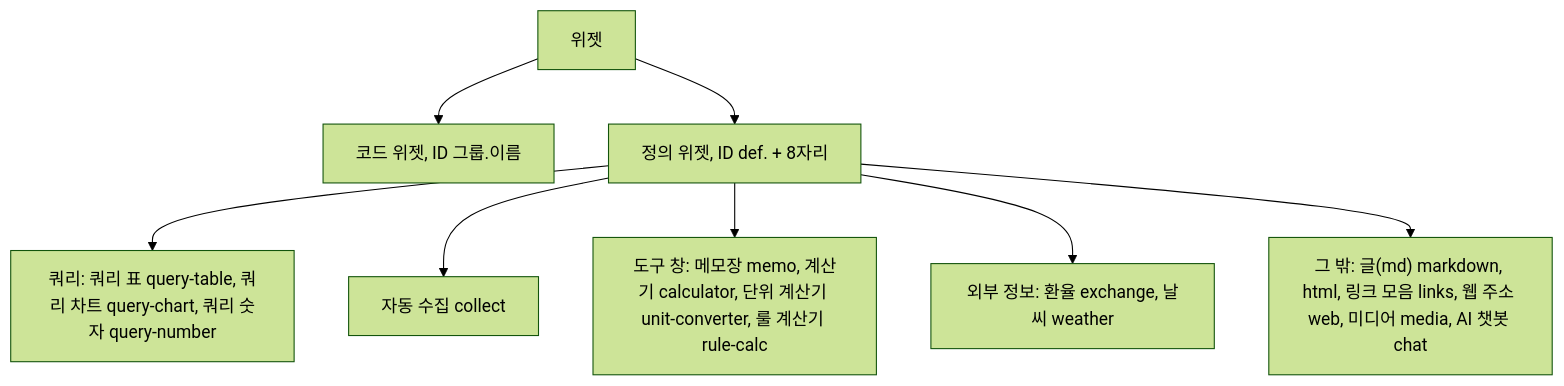
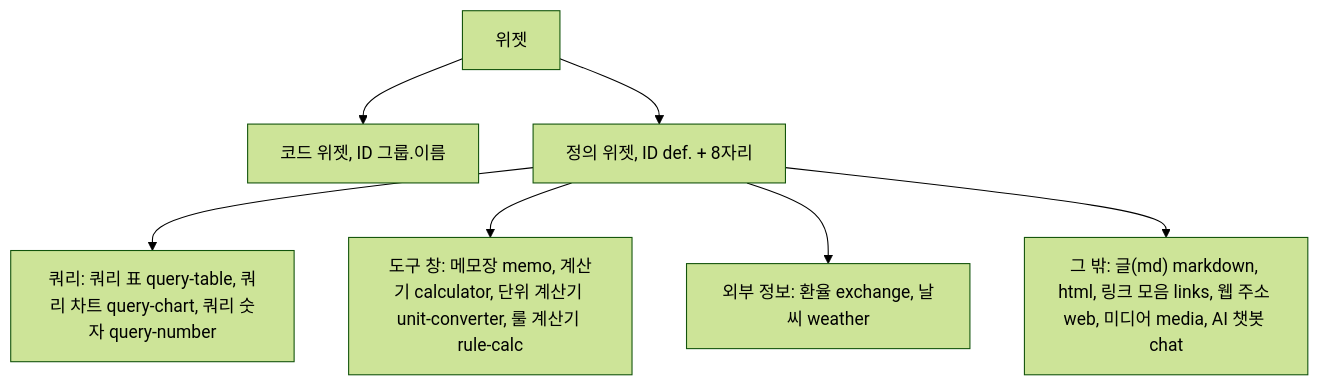
The first of 6 diagrams in docs/guide/FrontEnd/Widget-Authoring-Guide.md (jongik-sv/dmes-standard), drawn with Mermaid (forest theme) before and after one commit. The commit also changed other lines of this file and 2 other files, not shown here.

Commit message:
docs(widget): collect 위젯 설명을 가이드에서 빼고 예약 작업으로 대체됨을 적는다

````diff
--- a/docs/guide/FrontEnd/Widget-Authoring-Guide.md
+++ b/docs/guide/FrontEnd/Widget-Authoring-Guide.md
@@ -42,10 +41,9 @@
 ```mermaid
 flowchart TB
   W["위젯"] --> C["코드 위젯, ID 그룹.이름"]
   W --> D["정의 위젯, ID def. + 8자리"]
   D --> Q["쿼리: 쿼리 표 query-table, 쿼리 차트 query-chart, 쿼리 숫자 query-number"]
-  D --> CL["자동 수집 collect"]
   D --> F["도구 창: 메모장 memo, 계산기 calculator, 단위 계산기 unit-converter, 룰 계산기 rule-calc"]
   D --> EX["외부 정보: 환율 exchange, 날씨 weather"]
   D --> O["그 밖: 글(md) markdown, html, 링크 모음 links, 웹 주소 web, 미디어 media, AI 챗봇 chat"]
 ```
````
